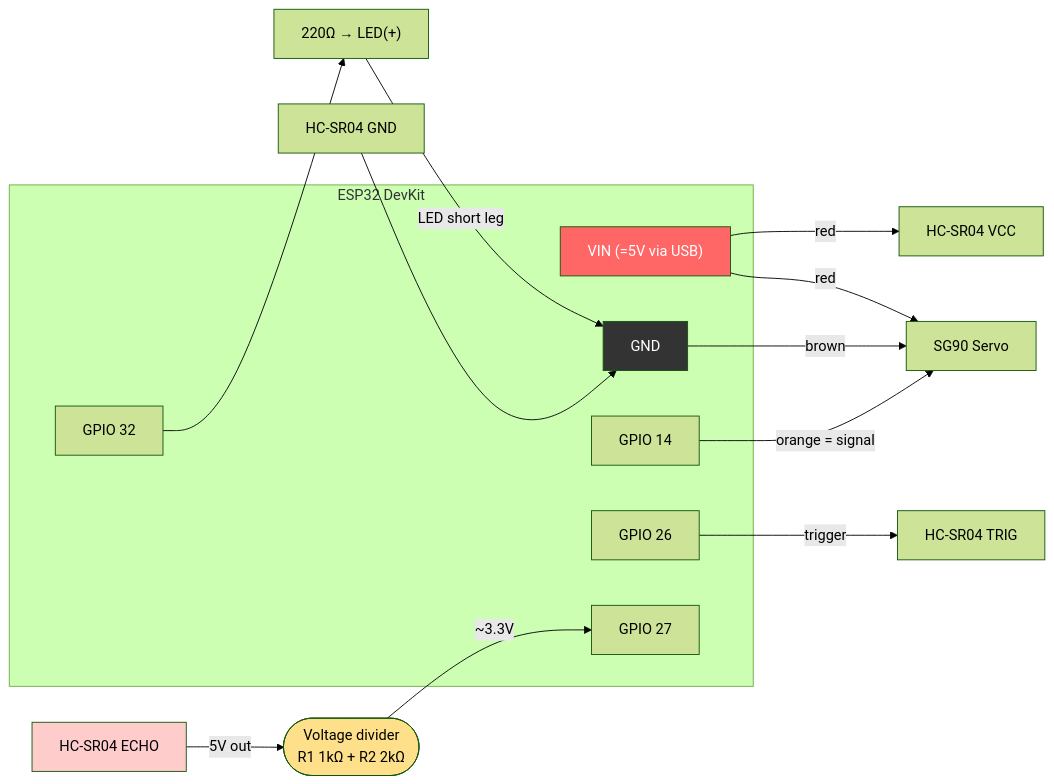
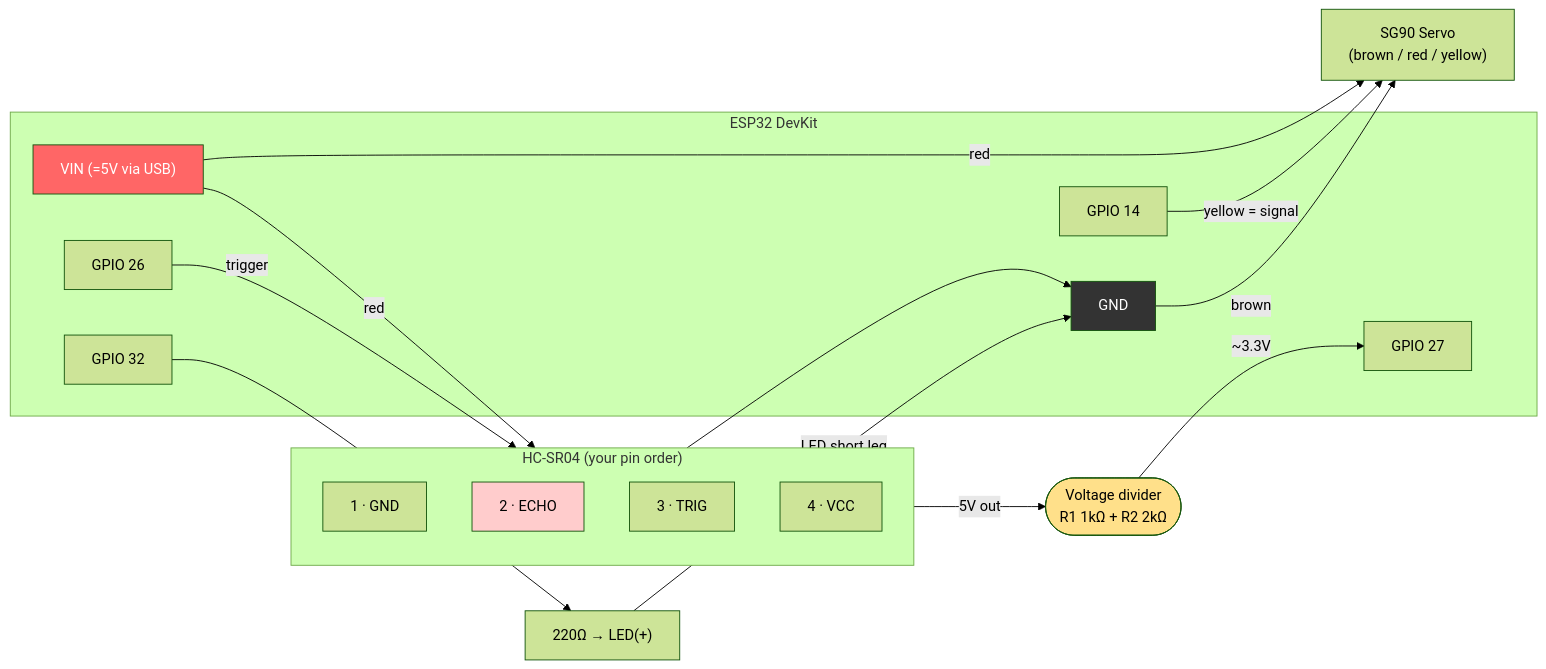
Before and after one commit to Danncode10/radar-web-dashboard: the diagram in docs/WIRING.md, drawn with Mermaid (forest theme). The commit also changed other lines of this file and 1 other file, not shown here.

Commit message:
Match wiring docs to actual board (HC-SR04 order + yellow servo wire)
- HC-SR04 diagram/labels use real pin order: GND, ECHO, TRIG, VCC
- SG90 signal wire is yellow on this board (orange noted as variant)

````diff
--- a/docs/WIRING.md
+++ b/docs/WIRING.md
@@ -26,37 +26,42 @@
 ```mermaid
 graph LR
     subgraph ESP["ESP32 DevKit"]
         VIN["VIN (=5V via USB)"]
         GND["GND"]
         G14["GPIO 14"]
         G26["GPIO 26"]
         G27["GPIO 27"]
         G32["GPIO 32"]
     end
 
-    SERVO["SG90 Servo"]
-    SVCC["HC-SR04 VCC"]
-    STRIG["HC-SR04 TRIG"]
-    SECHO["HC-SR04 ECHO"]
-    SGND["HC-SR04 GND"]
+    SERVO["SG90 Servo<br/>(brown / red / yellow)"]
+
+    subgraph HC["HC-SR04 (your pin order)"]
+        direction TB
+        SGND["1 · GND"]
+        SECHO["2 · ECHO"]
+        STRIG["3 · TRIG"]
+        SVCC["4 · VCC"]
+    end
+
     DIV(["Voltage divider<br/>R1 1kΩ + R2 2kΩ"])
     RLED["220Ω → LED(+)"]
 
     VIN -->|red| SERVO
+    GND -->|brown| SERVO
+    G14 -->|yellow = signal| SERVO
+
     VIN -->|red| SVCC
-    G14 -->|orange = signal| SERVO
-    GND -->|brown| SERVO
-
     G26 -->|trigger| STRIG
     SECHO -->|5V out| DIV
     DIV -->|~3.3V| G27
     SGND --> GND
 
     G32 --> RLED
     RLED -->|LED short leg| GND
 
     style VIN fill:#ff6666,color:#fff
     style GND fill:#333,color:#fff
     style DIV fill:#ffe08a
     style SECHO fill:#ffcccc
 ```
````
